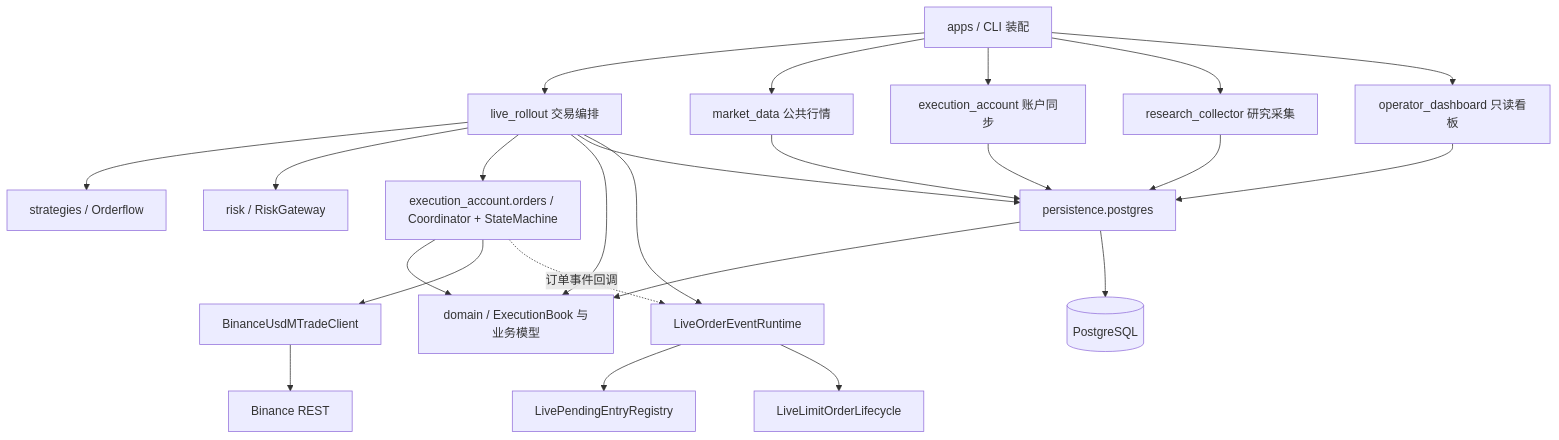
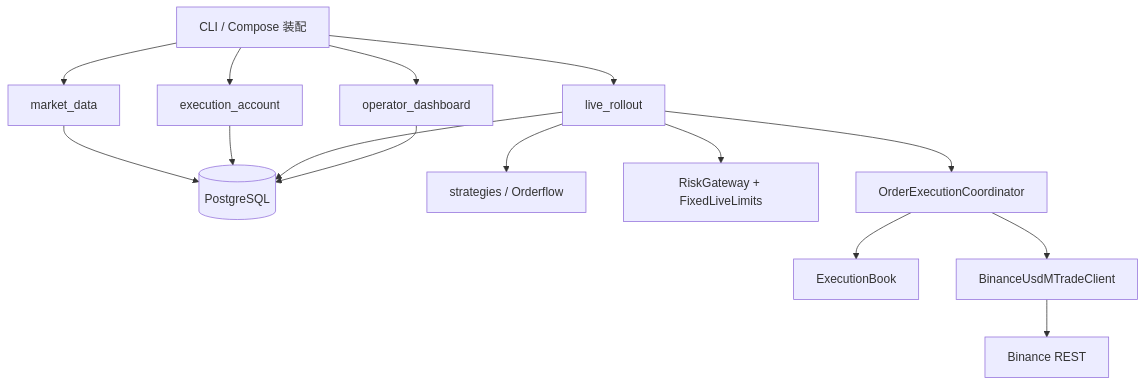
The first of 2 diagrams in docs/architecture/overview.md (miracle-zs/crypto-momentum-lab), drawn with Mermaid before and after one commit. The commit also changed other lines of this file and 127 other files, not shown here.

````diff
--- a/docs/architecture/overview.md
+++ b/docs/architecture/overview.md
@@ -9,26 +5,17 @@
 ```mermaid
 graph TD
-    Apps[apps / CLI 装配] --> Live[live_rollout 交易编排]
-    Apps --> Market[market_data 公共行情]
-    Apps --> Account[execution_account 账户同步]
-    Apps --> Collector[research_collector 研究采集]
-    Apps --> Dashboard[operator_dashboard 只读看板]
+    Apps[CLI / Compose 装配] --> Market[market_data]
+    Apps --> Account[execution_account]
+    Apps --> Live[live_rollout]
+    Apps --> Dashboard[operator_dashboard]
+    Market --> PG[(PostgreSQL)]
+    Account --> PG
+    Live --> PG
+    Dashboard --> PG
     Live --> Strategy[strategies / Orderflow]
-    Live --> Risk[risk / RiskGateway]
-    Live --> Orders[execution_account.orders / Coordinator + StateMachine]
-    Live --> Domain[domain / ExecutionBook 与业务模型]
-    Orders --> Domain
-    Orders --> Client[BinanceUsdMTradeClient]
-    Live --> Persistence[persistence.postgres]
-    Account --> Persistence
-    Market --> Persistence
-    Collector --> Persistence
-    Dashboard --> Persistence
-    Persistence --> Domain
-    Persistence --> PG[(PostgreSQL)]
+    Live --> Risk[RiskGateway + FixedLiveLimits]
+    Live --> Coordinator[OrderExecutionCoordinator]
+    Coordinator --> Book[ExecutionBook]
+    Coordinator --> Client[BinanceUsdMTradeClient]
     Client --> Binance[Binance REST]
-    Orders -. 订单事件回调 .-> Events[LiveOrderEventRuntime]
-    Live --> Events
-    Events --> Pending[LivePendingEntryRegistry]
-    Events --> Timers[LiveLimitOrderLifecycle]
 ```
````
